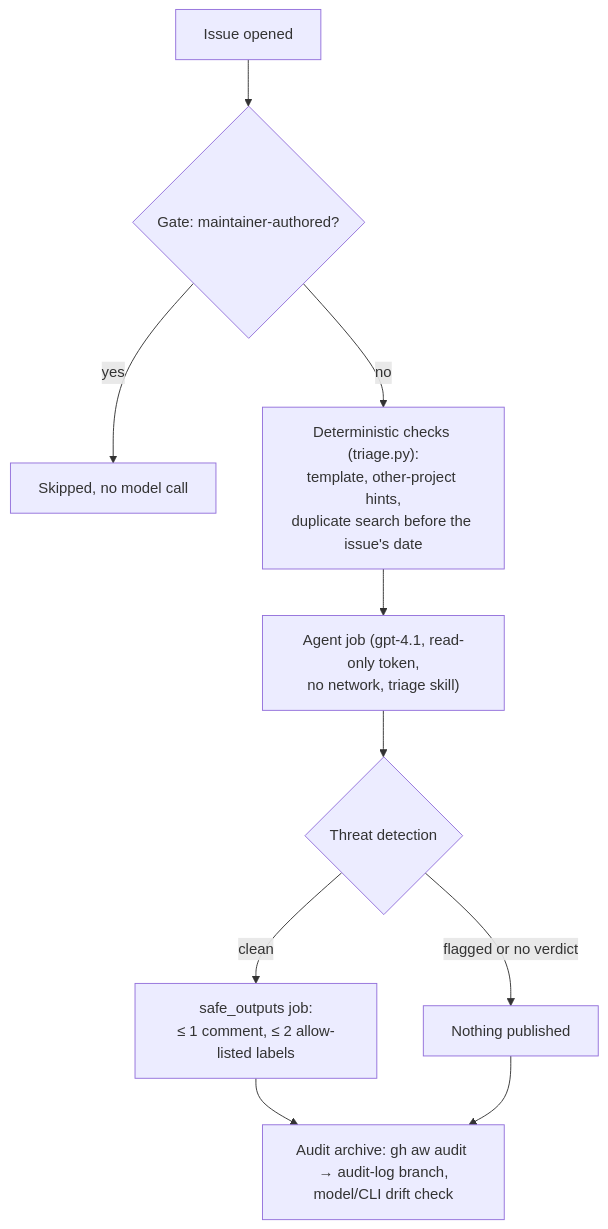
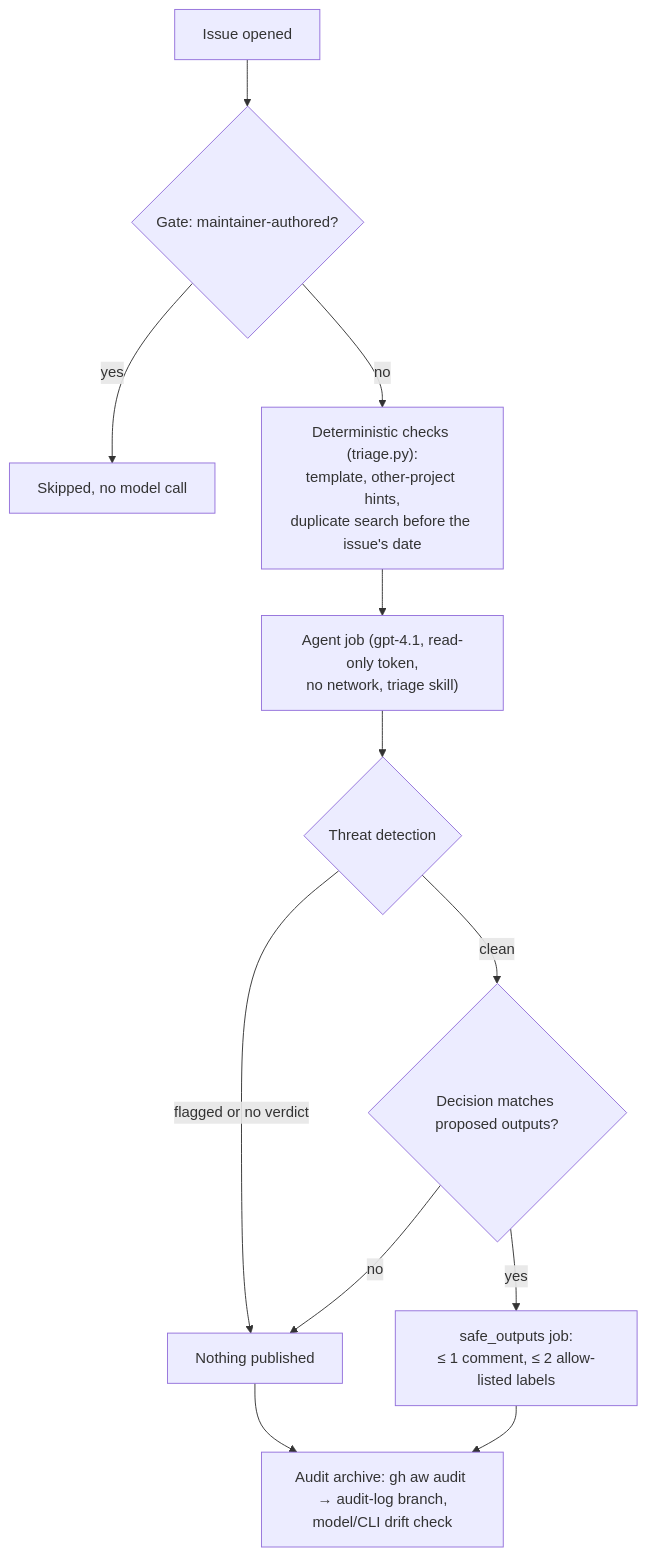
The diagram in README.md (WyattLeoz/cs467-a3-prometheus-triage), drawn with Mermaid before and after one commit. The commit also changed other lines of this file and 84 other files, not shown here.

````diff
--- a/README.md
+++ b/README.md
@@ -28,12 +28,14 @@
 ```mermaid
 flowchart TD
   A[Issue opened] --> B{Gate: maintainer-authored?}
   B -- yes --> S[Skipped, no model call]
   B -- no --> C["Deterministic checks (triage.py):<br/>template, other-project hints,<br/>duplicate search before the issue's date"]
   C --> D["Agent job (gpt-4.1, read-only token,<br/>no network, triage skill)"]
   D --> E{Threat detection}
   E -- "flagged or no verdict" --> N[Nothing published]
-  E -- clean --> F["safe_outputs job:<br/>≤ 1 comment, ≤ 2 allow-listed labels"]
+  E -- clean --> V{Decision matches proposed outputs?}
+  V -- no --> N
+  V -- yes --> F["safe_outputs job:<br/>≤ 1 comment, ≤ 2 allow-listed labels"]
   F --> G["Audit archive: gh aw audit → audit-log branch,<br/>model/CLI drift check"]
   N --> G
 ```
````
